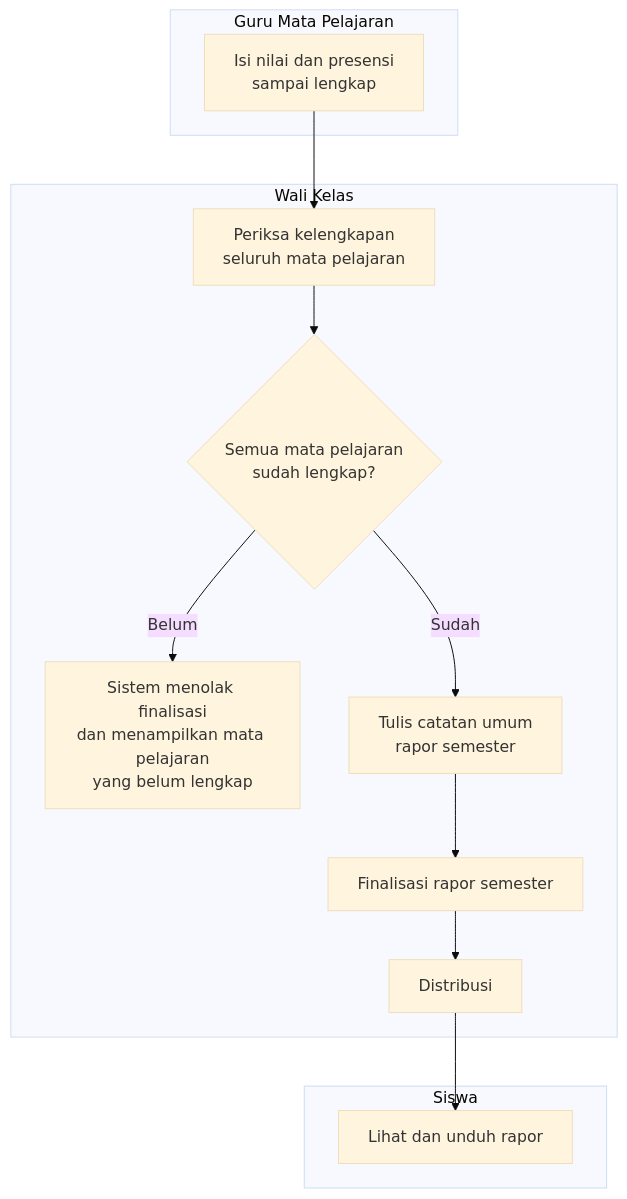
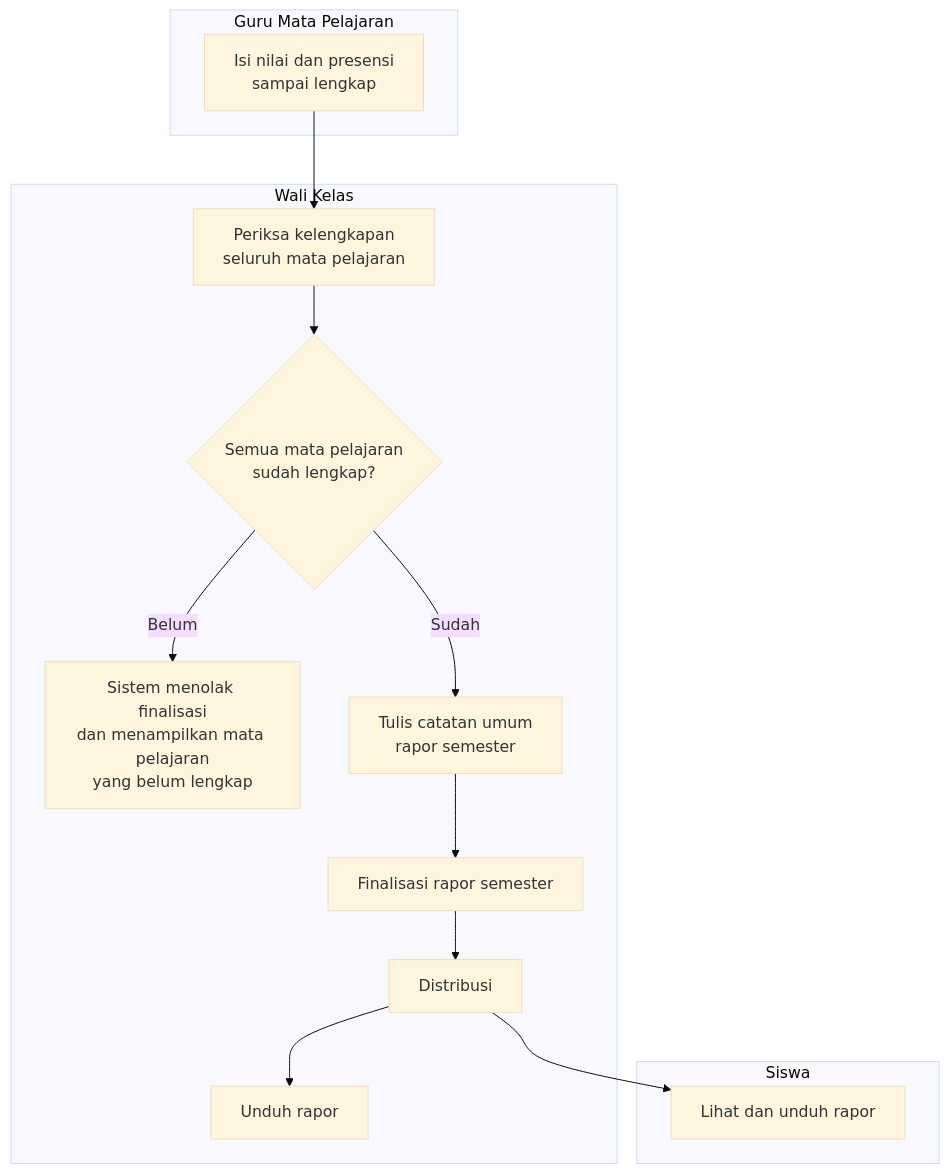
Before and after one commit to Korean-Asean-Digital-Academy-Batch-4/Docs: the third of 5 diagrams in PRD.md, drawn with Mermaid (base theme). The commit also changed other lines of this file and 3 other files, not shown here.

````diff
--- a/PRD.md
+++ b/PRD.md
@@ -247,22 +251,24 @@
 ```mermaid
 flowchart TD
     subgraph GM["Guru Mata Pelajaran"]
         A["Isi nilai dan presensi<br/>sampai lengkap"]
     end
     subgraph WK["Wali Kelas"]
         B["Periksa kelengkapan<br/>seluruh mata pelajaran"]
         C{"Semua mata pelajaran<br/>sudah lengkap?"}
         D["Sistem menolak finalisasi<br/>dan menampilkan mata pelajaran<br/>yang belum lengkap"]
         E["Tulis catatan umum<br/>rapor semester"]
         F["Finalisasi rapor semester"]
         G["Distribusi"]
+        U["Unduh rapor"]
         B --> C
         C -- "Belum" --> D
         C -- "Sudah" --> E --> F --> G
+        G --> U
     end
     subgraph SW["Siswa"]
         H["Lihat dan unduh rapor"]
     end
     A --> B
     G --> H
 ```
````
